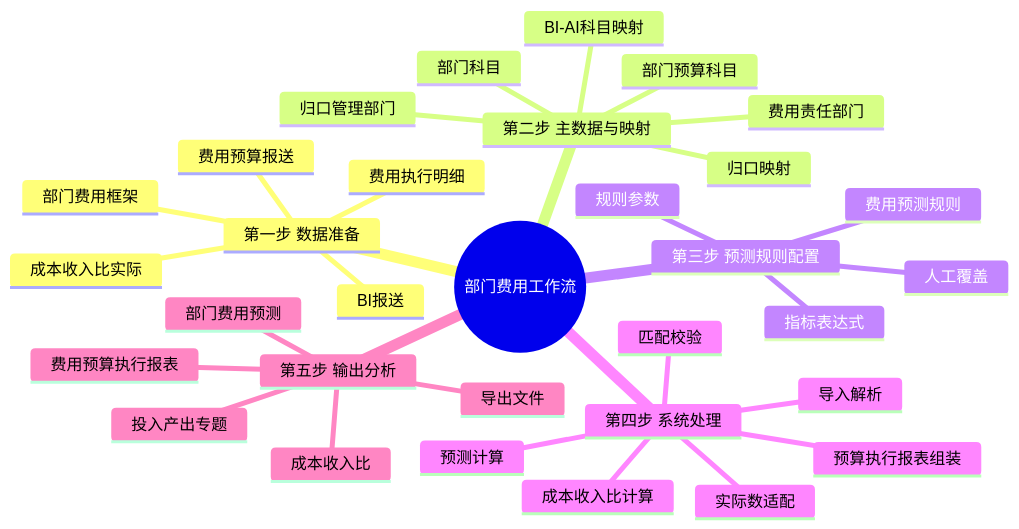
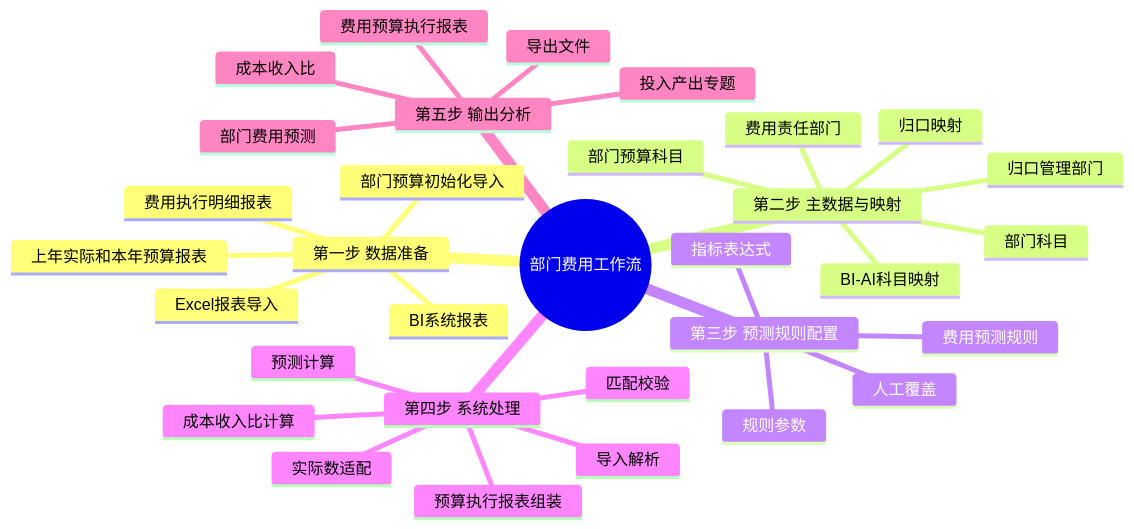
One commit to wuzhideren5-glitch/banking-budget-system-demo changed the sixth of 10 diagrams in docs/superpowers/specs/2026-06-12-business-framework-layered-design.md. Above: the diagram before and after it, drawn with Mermaid. The commit also changed other lines of this file and 1 other file, not shown here.

````diff
--- a/docs/superpowers/specs/2026-06-12-business-framework-layered-design.md
+++ b/docs/superpowers/specs/2026-06-12-business-framework-layered-design.md
@@ -293,35 +294,35 @@
 ```mermaid
 mindmap
   root((部门费用工作流))
     第一步 数据准备
-      费用执行明细
-      BI报送
-      部门费用框架
-      费用预算报送
-      成本收入比实际
+      Excel报表导入
+      BI系统报表
+      部门预算初始化导入
+      费用执行明细报表
+      上年实际和本年预算报表
     第二步 主数据与映射
       部门科目
       部门预算科目
       费用责任部门
       归口管理部门
       BI-AI科目映射
       归口映射
     第三步 预测规则配置
       费用预测规则
       规则参数
       指标表达式
       人工覆盖
     第四步 系统处理
       导入解析
       匹配校验
       实际数适配
       预测计算
       预算执行报表组装
       成本收入比计算
     第五步 输出分析
       部门费用预测
       费用预算执行报表
       成本收入比
       投入产出专题
       导出文件
 ```
````
